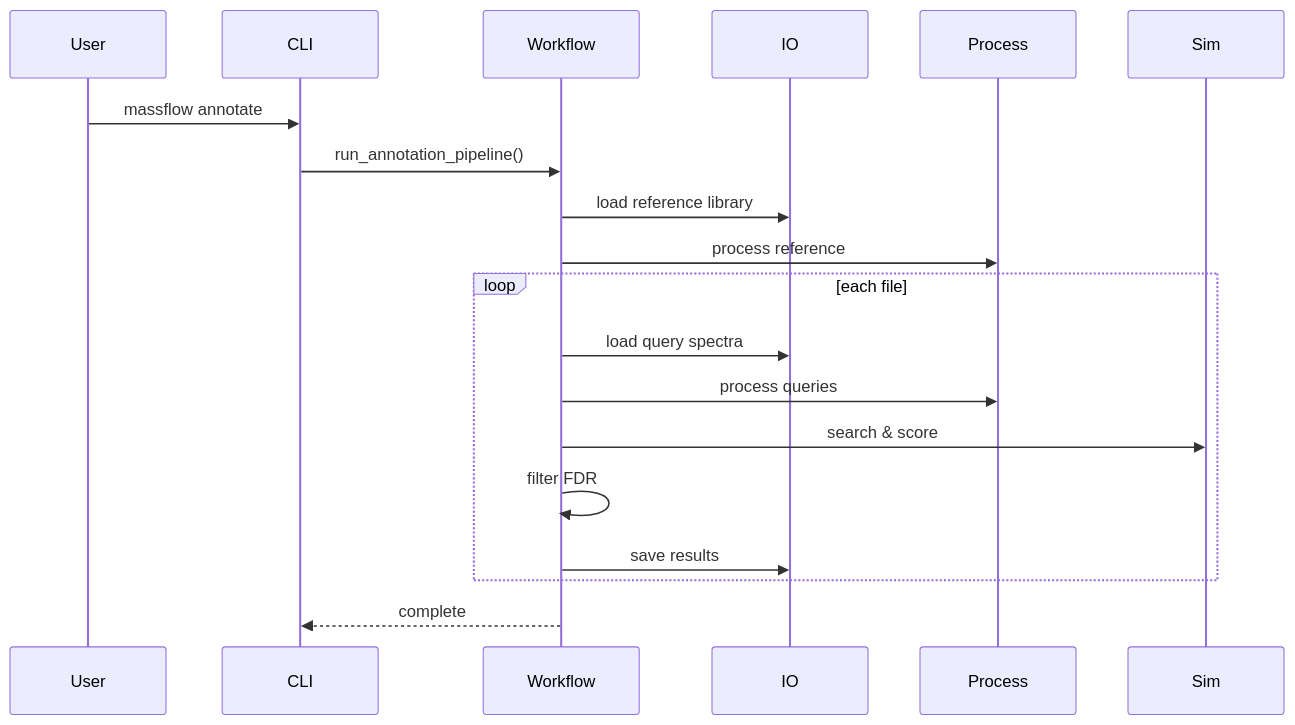
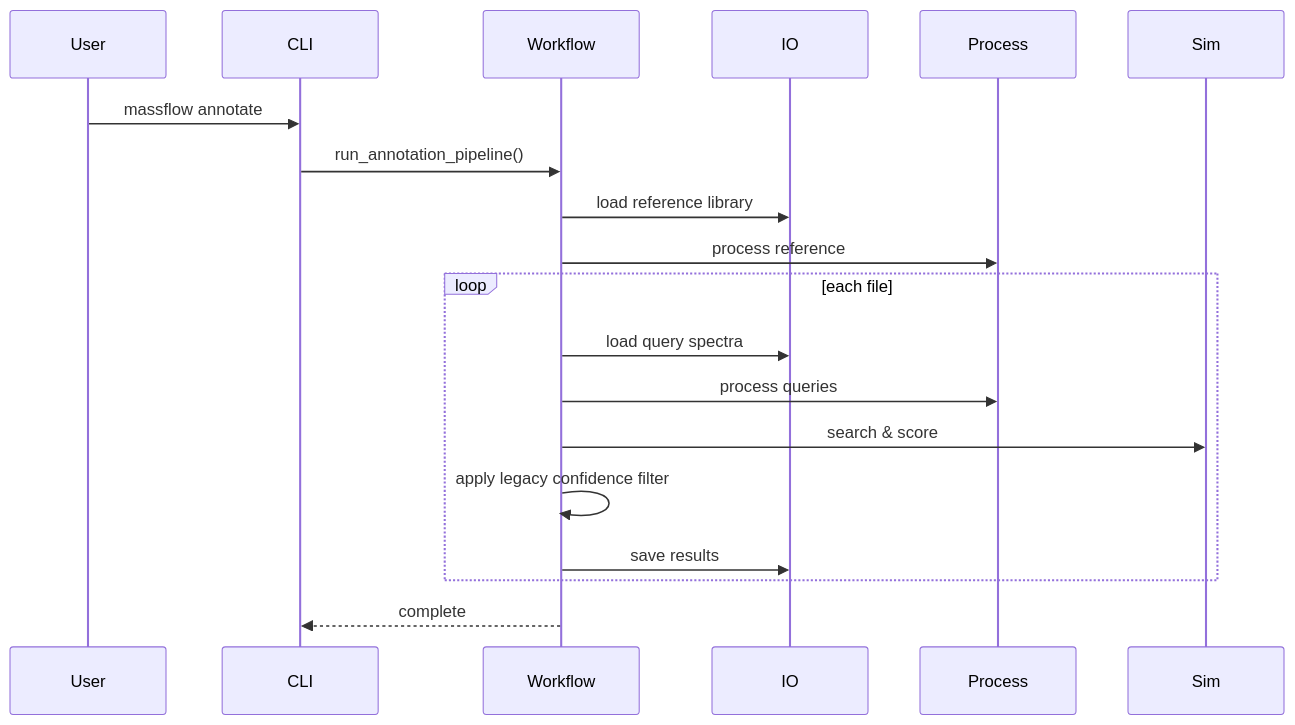
One commit to janusson/MassFlow changed the third of 3 diagrams in docs/ARCHITECTURE.md. Above: the diagram before and after it, drawn with Mermaid. The commit also changed other lines of this file and 31 other files, not shown here.

````diff
--- a/docs/ARCHITECTURE.md
+++ b/docs/ARCHITECTURE.md
@@ -300,22 +299,22 @@
 ```mermaid
 sequenceDiagram
     participant User
     participant CLI
     participant Workflow
     participant IO
     participant Process
     participant Sim
 
     User->>CLI: massflow annotate
     CLI->>Workflow: run_annotation_pipeline()
     Workflow->>IO: load reference library
     Workflow->>Process: process reference
     loop each file
         Workflow->>IO: load query spectra
         Workflow->>Process: process queries
         Workflow->>Sim: search & score
-        Workflow->>Workflow: filter FDR
+        Workflow->>Workflow: apply legacy confidence filter
         Workflow->>IO: save results
     end
     Workflow-->>CLI: complete
 ```
````
